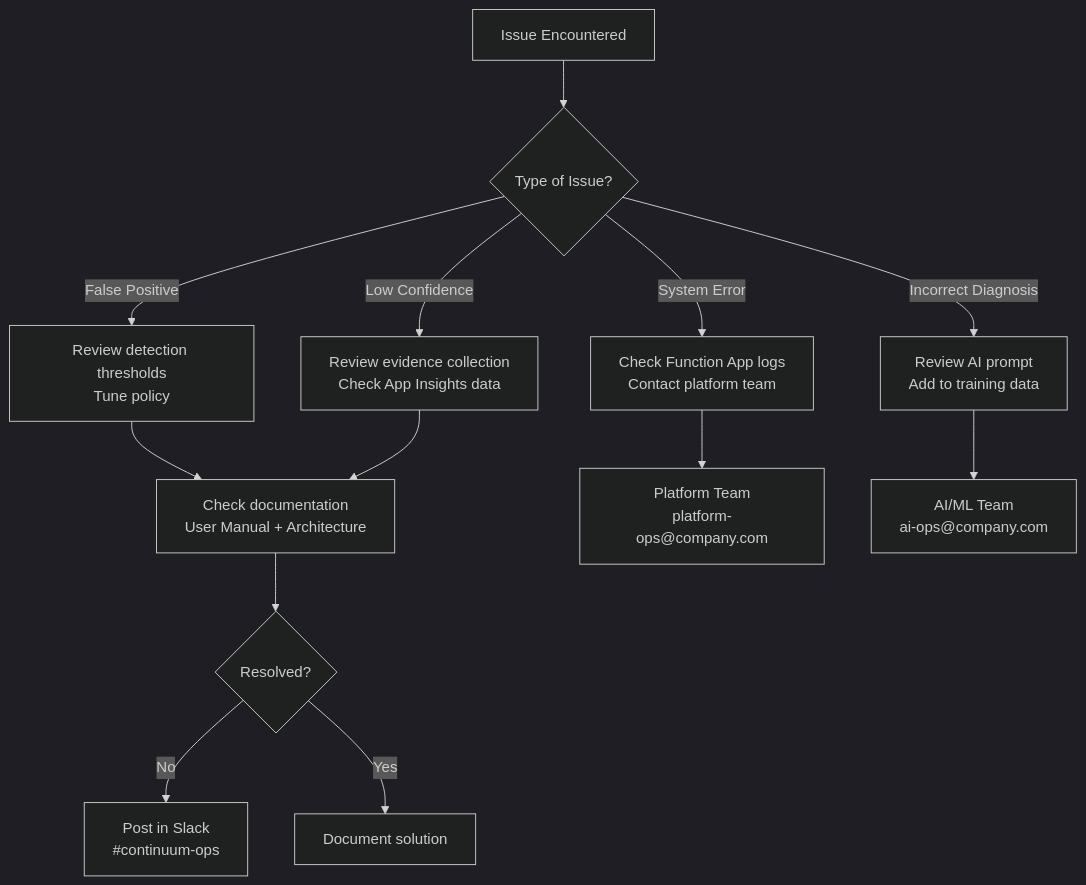
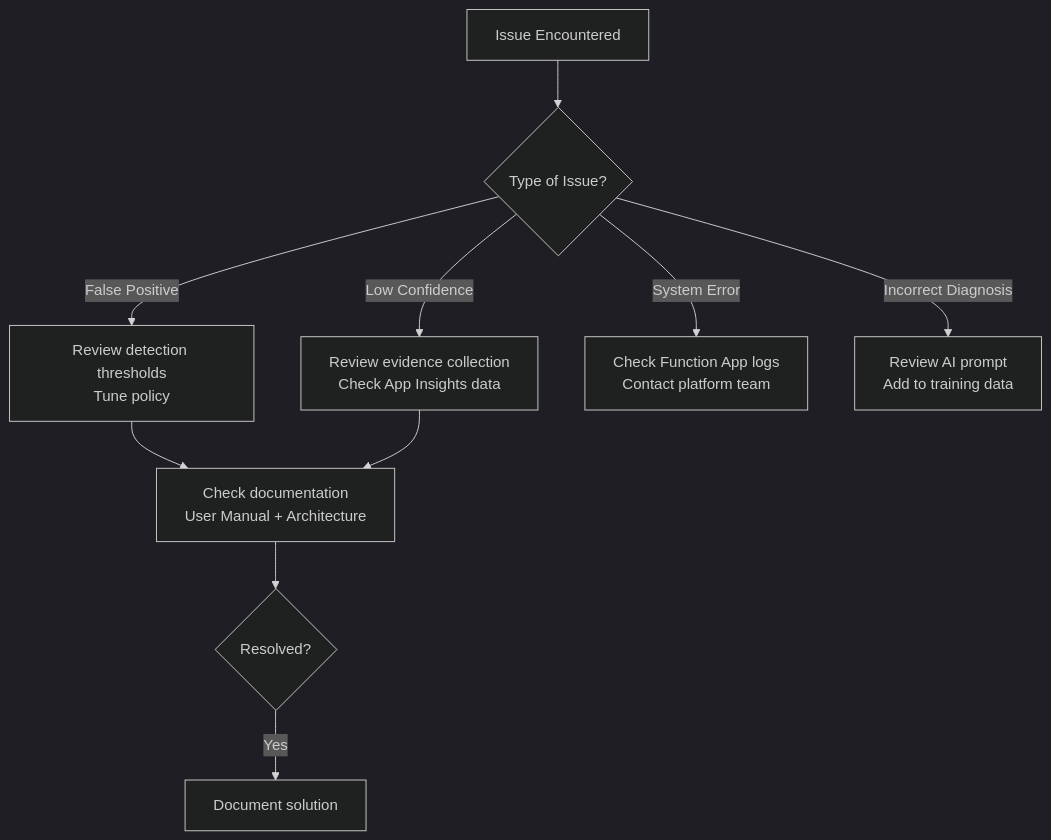
One commit to mayankgupta7673/Continuum-Ops changed the tenth of 10 diagrams in docs/03-User-Manual.md. Above: the diagram before and after it, drawn with Mermaid (dark theme). The commit also changed other lines of this file and 8 other files, not shown here.

````diff
--- a/docs/03-User-Manual.md
+++ b/docs/03-User-Manual.md
@@ -665,19 +665,16 @@
 ```mermaid
 flowchart TD
     ISSUE[Issue Encountered]
     
     ISSUE --> CHECK{Type of Issue?}
     
     CHECK -->|False Positive| L1[Review detection thresholds<br/>Tune policy]
     CHECK -->|Low Confidence| L2[Review evidence collection<br/>Check App Insights data]
     CHECK -->|System Error| L3[Check Function App logs<br/>Contact platform team]
     CHECK -->|Incorrect Diagnosis| L4[Review AI prompt<br/>Add to training data]
     
     L1 & L2 --> DOC[Check documentation<br/>User Manual + Architecture]
-    L3 --> PLAT[Platform Team<br/>platform-ops@company.com]
-    L4 --> AI[AI/ML Team<br/>ai-ops@company.com]
     
     DOC --> SOLVED{Resolved?}
-    SOLVED -->|No| SLACK[Post in Slack<br/>#continuum-ops]
     SOLVED -->|Yes| END[Document solution]
 ```
````
